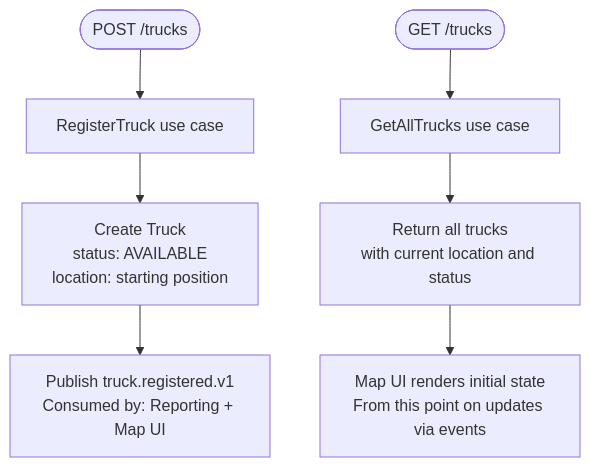
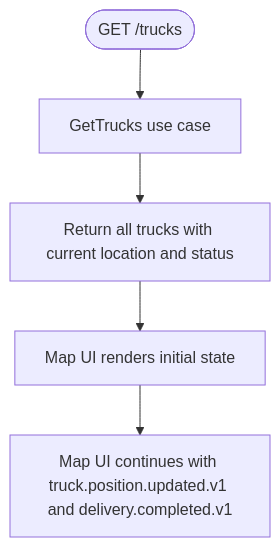
One commit to PauLopNun/workshop-suministros changed the seventh of 7 diagrams in transport/ddd.md. Above: the diagram before and after it, drawn with Mermaid. The commit also changed other lines of this file and 5 other files, not shown here.

````diff
--- a/transport/ddd.md
+++ b/transport/ddd.md
@@ -142,12 +178,8 @@
 ```mermaid
 flowchart TD
-    UC3([POST /trucks])
-    UC3 --> C1[RegisterTruck use case]
-    C1 --> C2[Create Truck\nstatus: AVAILABLE\nlocation: starting position]
-    C2 --> C3[Publish truck.registered.v1\nConsumed by: Reporting + Map UI]
-
     UC4([GET /trucks])
-    UC4 --> D1[GetAllTrucks use case]
-    D1 --> D2[Return all trucks\nwith current location and status]
-    D2 --> D3[Map UI renders initial state\nFrom this point on updates via events]
+    UC4 --> D1[GetTrucks use case]
+    D1 --> D2[Return all trucks with current location and status]
+    D2 --> D3[Map UI renders initial state]
+    D3 --> D4[Map UI continues with truck.position.updated.v1 and delivery.completed.v1]
 ```
````
